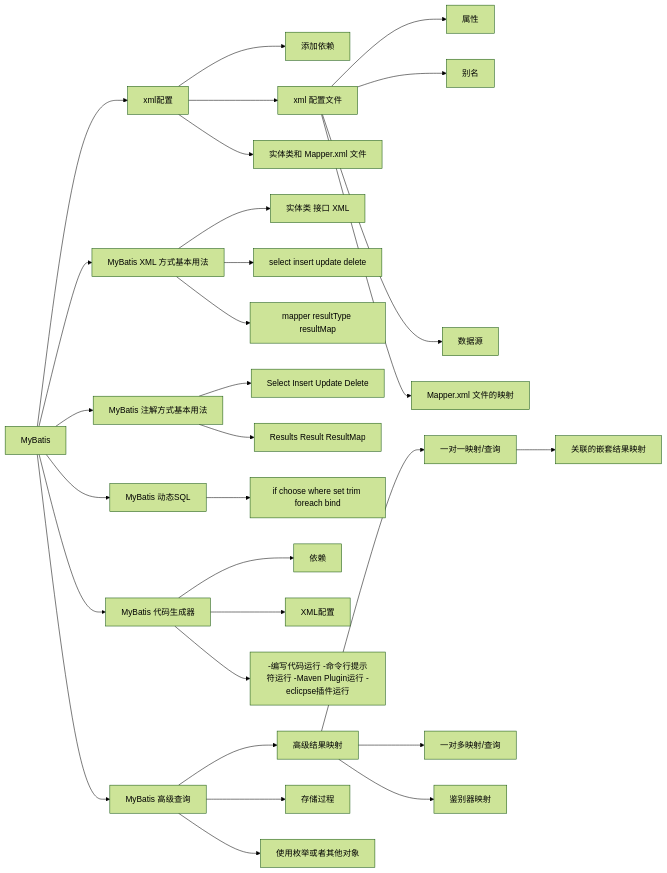
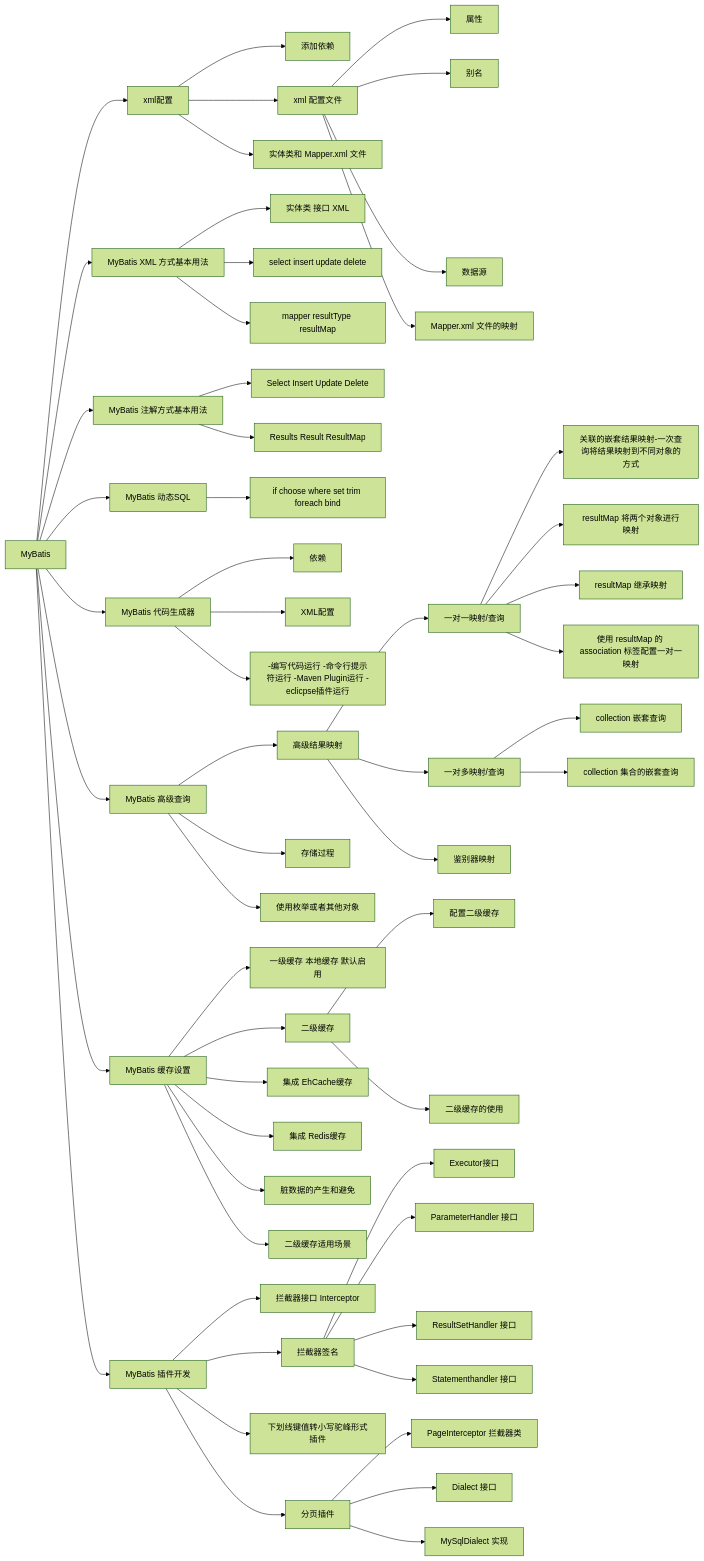
The diagram in Notes/learning route/20210721-MyBatis梳理1.md (xuyichaoxyc/renotes), drawn with Mermaid (forest theme) before and after one commit. The commit also changed 5 other files, not shown here.

````diff
--- a/Notes/learning route/20210721-MyBatis梳理1.md
+++ b/Notes/learning route/20210721-MyBatis梳理1.md
@@ -1,41 +1,72 @@
 ```mermaid
 graph LR
 A[MyBatis]-->B[xml配置]
 A-->C[MyBatis XML 方式基本用法]
 A-->D[MyBatis 注解方式基本用法]
 A-->E[MyBatis 动态SQL]
 A-->F[MyBatis 代码生成器]
 A --> G[MyBatis 高级查询]
+A --> H[MyBatis 缓存设置]
+A --> I[MyBatis 插件开发]
 
 B-->B1[添加依赖]
 B-->B2[xml 配置文件]
 B-->B3[实体类和 Mapper.xml 文件]
 B2 --> B21[属性]
 B2 --> B22[别名]
 B2 --> B23[数据源]
 B2 --> B24[Mapper.xml 文件的映射]
 
 C --> C1[实体类 接口 XML]
 C --> C2[select insert update delete]
 C --> C3[mapper resultType resultMap ]
 
 D --> D1[Select Insert Update Delete]
 D --> D2[Results Result ResultMap]
 
 E --> E1[if choose where set trim foreach bind]
 
 F --> F1[依赖]
 F --> F2[XML配置]
 F --> F3[-编写代码运行 -命令行提示符运行 -Maven Plugin运行 -eclicpse插件运行]
 
 G --> G1[高级结果映射]
 G --> G2[存储过程]
 G --> G3[使用枚举或者其他对象]
 
 G1 --> G11[一对一映射/查询]
 G1 --> G12[一对多映射/查询]
 G1 --> G13[鉴别器映射]
 
-G11 --> G111[关联的嵌套结果映射]
+G11 --> G111[关联的嵌套结果映射-一次查询将结果映射到不同对象的方式]
+G11 --> G112[resultMap 将两个对象进行映射]
+G11 --> G113[resultMap 继承映射]
+G11 --> G114[使用 resultMap 的 association 标签配置一对一映射]
 
+G12 --> G121[collection 嵌套查询]
+G12 --> G122[collection 集合的嵌套查询]
+
+H --> H1[一级缓存 本地缓存 默认启用]
+H --> H2[二级缓存]
+H --> H3[集成 EhCache缓存]
+H --> H4[集成 Redis缓存]
+H --> H5[脏数据的产生和避免]
+H --> H6[二级缓存适用场景]
+
+H2 --> H21[配置二级缓存]
+H2 --> H22[二级缓存的使用]
+
+I --> I1[拦截器接口 Interceptor]
+I --> I2[拦截器签名]
+I --> I3[下划线键值转小写驼峰形式插件]
+I --> I4[分页插件]
+
+I2 --> I21[Executor接口]
+I2 --> I22[ParameterHandler 接口]
+I2 --> I23[ResultSetHandler 接口]
+I2 --> I24[Statementhandler 接口]
+
+I4 --> I41[PageInterceptor 拦截器类]
+I4 --> I42[Dialect 接口]
+I4 --> I43[MySqlDialect 实现]
 ```
````
